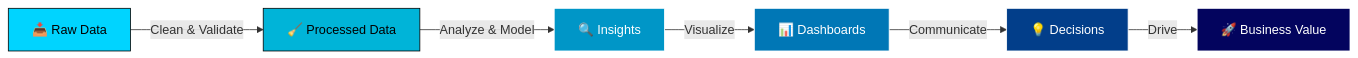
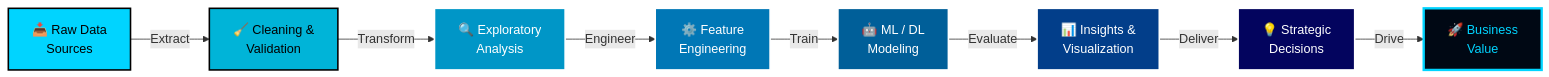
One commit to giraysengonul/giraysengonul changed the diagram in README.md. Above: the diagram before and after it, drawn with Mermaid. The commit also changed other lines of this file, not shown here.

````diff
--- a/README.md
+++ b/README.md
@@ -193,14 +196,19 @@
 ```mermaid
 graph LR
-    A[📥 Raw Data] -->|Clean & Validate| B[🧹 Processed Data]
-    B -->|Analyze & Model| C[🔍 Insights]
-    C -->|Visualize| D[📊 Dashboards]
-    D -->|Communicate| E[💡 Decisions]
-    E -->|Drive| F[🚀 Business Value]
-    style A fill:#00d4ff,stroke:#000,color:#000
-    style B fill:#00b4d8,stroke:#000,color:#000
-    style C fill:#0096c7,stroke:#fff,color:#fff
-    style D fill:#0077b6,stroke:#fff,color:#fff
-    style E fill:#023e8a,stroke:#fff,color:#fff
-    style F fill:#03045e,stroke:#fff,color:#fff
+    A[📥 Raw Data<br/>Sources] -->|Extract| B[🧹 Cleaning &<br/>Validation]
+    B -->|Transform| C[🔍 Exploratory<br/>Analysis]
+    C -->|Engineer| D[⚙️ Feature<br/>Engineering]
+    D -->|Train| E[🤖 ML / DL<br/>Modeling]
+    E -->|Evaluate| F[📊 Insights &<br/>Visualization]
+    F -->|Deliver| G[💡 Strategic<br/>Decisions]
+    G -->|Drive| H[🚀 Business<br/>Value]
+
+    style A fill:#00d4ff,stroke:#000,color:#000,stroke-width:2px
+    style B fill:#00b4d8,stroke:#000,color:#000,stroke-width:2px
+    style C fill:#0096c7,stroke:#fff,color:#fff,stroke-width:2px
+    style D fill:#0077b6,stroke:#fff,color:#fff,stroke-width:2px
+    style E fill:#005f99,stroke:#fff,color:#fff,stroke-width:2px
+    style F fill:#023e8a,stroke:#fff,color:#fff,stroke-width:2px
+    style G fill:#03045e,stroke:#fff,color:#fff,stroke-width:2px
+    style H fill:#000814,stroke:#00d4ff,color:#00d4ff,stroke-width:3px
 ```
````
